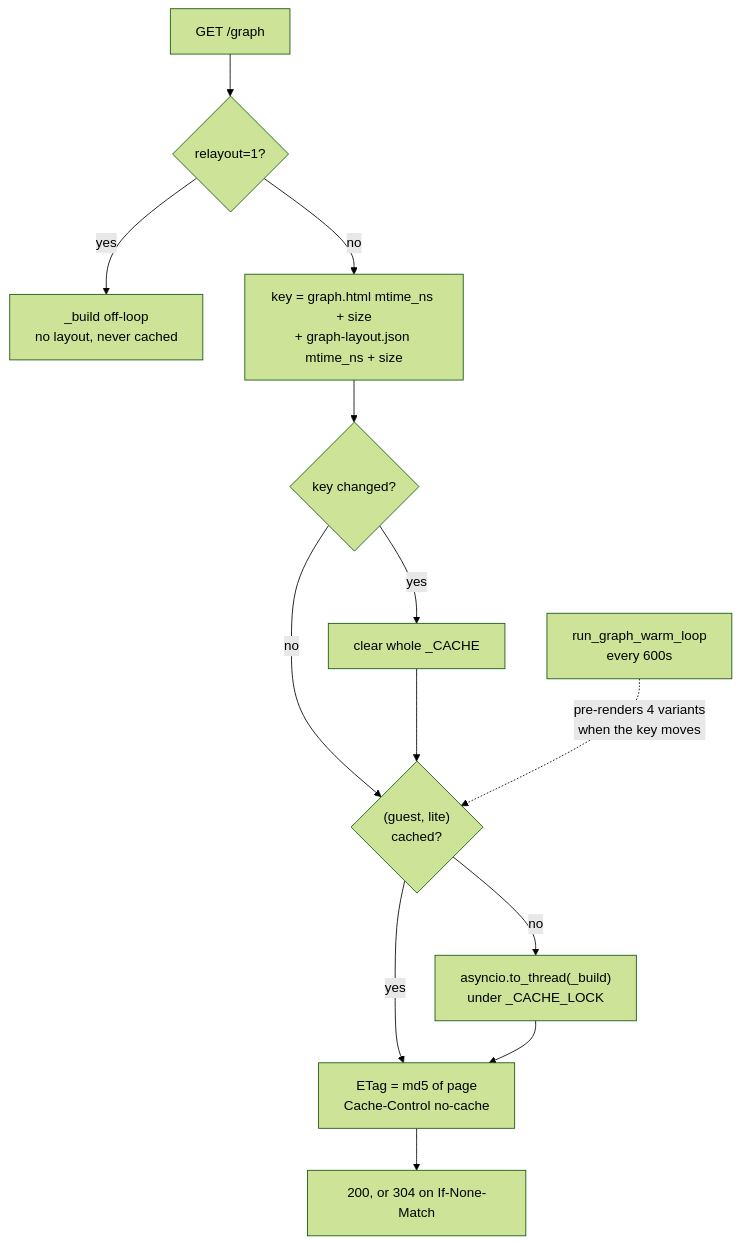
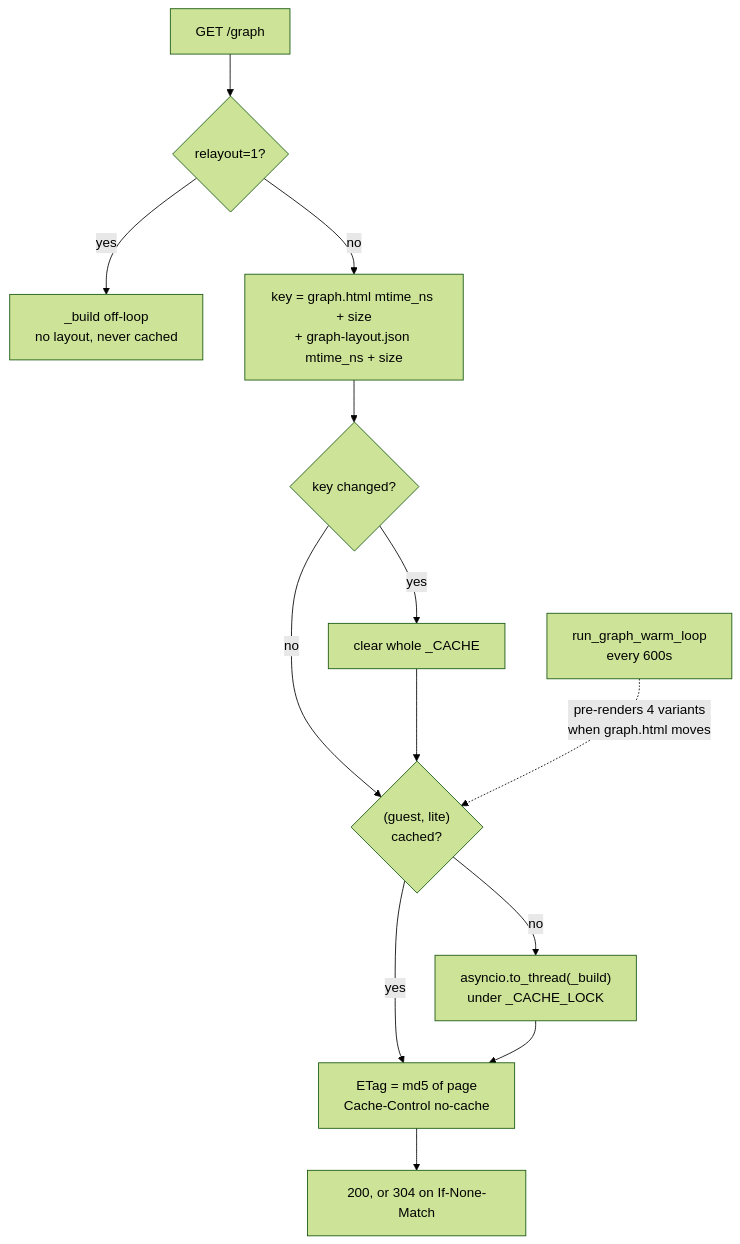
The diagram in docs/arch/11-serve-cache.mmd (wai-lau/exec-fn), drawn with Mermaid (forest theme) before and after one commit. The commit also changed 42 other files, not shown here.

```diff
--- a/docs/arch/11-serve-cache.mmd
+++ b/docs/arch/11-serve-cache.mmd
@@ -1,13 +1,13 @@
 flowchart TD
   Q["GET /graph"] --> T{"relayout=1?"}
   T -- "yes" --> BD["_build off-loop<br/>no layout, never cached"]
   T -- "no" --> KY["key = graph.html mtime_ns + size<br/>+ graph-layout.json mtime_ns + size"]
   KY --> CH{"key changed?"}
   CH -- "yes" --> CL["clear whole _CACHE"]
   CH -- "no" --> HIT
   CL --> HIT{"(guest, lite)<br/>cached?"}
   HIT -- "no" --> RN["asyncio.to_thread(_build)<br/>under _CACHE_LOCK"]
   HIT -- "yes" --> ET
   RN --> ET["ETag = md5 of page<br/>Cache-Control no-cache"]
   ET --> R["200, or 304 on If-None-Match"]
-  W["run_graph_warm_loop<br/>every 600s"] -. "pre-renders 4 variants<br/>when the key moves" .-> HIT
+  W["run_graph_warm_loop<br/>every 600s"] -. "pre-renders 4 variants<br/>when graph.html moves" .-> HIT
```
